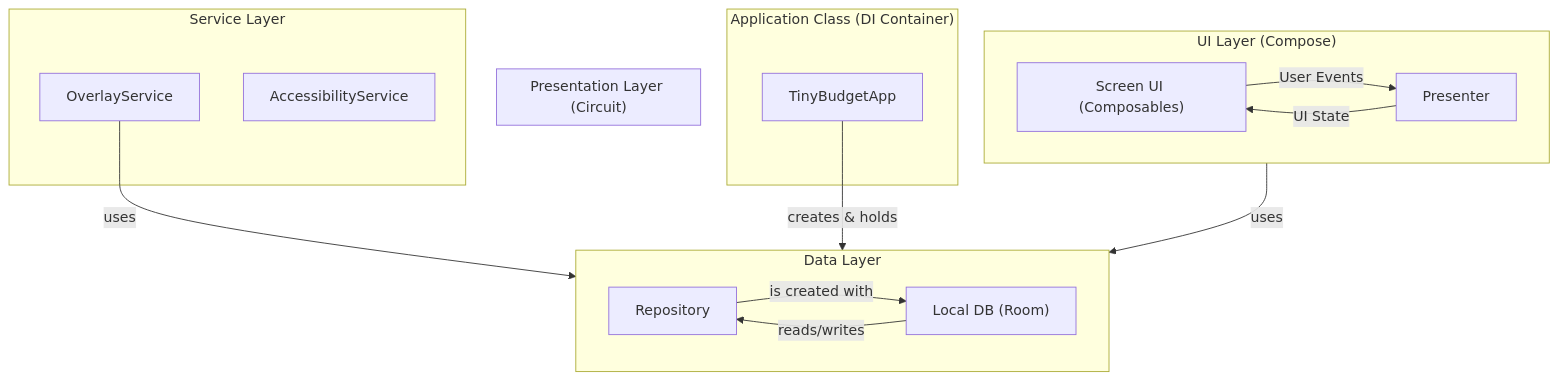
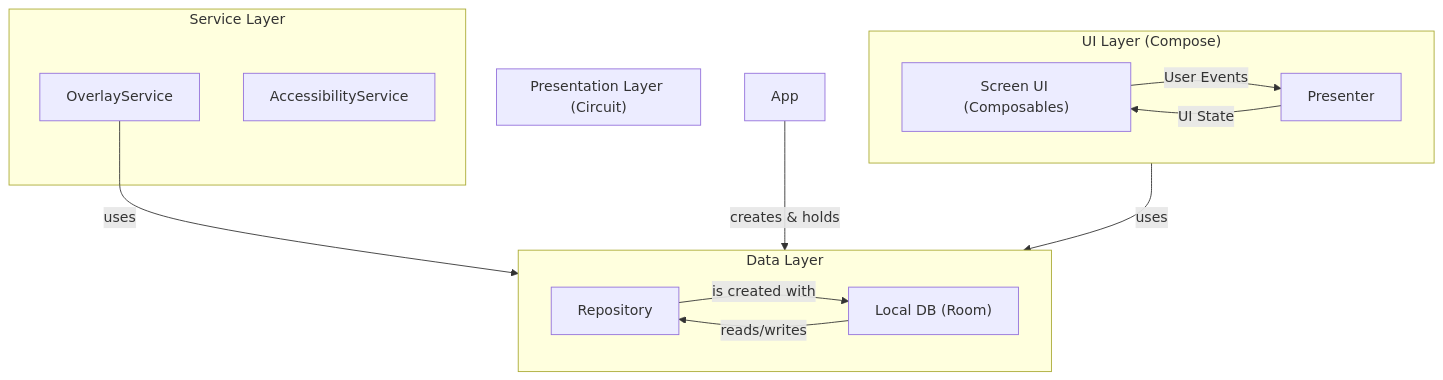
One commit to arashiyama11/TinyBudget changed the diagram in docs/architecture.md. Above: the diagram before and after it, drawn with Mermaid. The commit also changed 2 other files, not shown here.

````diff
--- a/docs/architecture.md
+++ b/docs/architecture.md
@@ -39,33 +39,30 @@
 ```mermaid
 graph TD
     subgraph "UI Layer (Compose)"
         direction LR
         ScreenUI["Screen UI (Composables)"] -- "User Events" --> Presenter
         Presenter -- "UI State" --> ScreenUI
     end
 
     subgraph "Presentation Layer (Circuit)"
         Presenter
     end
 
     subgraph "Data Layer"
         direction LR
         Repository
         LocalDataSource["Local DB (Room)"] -- reads/writes --> Repository
     end
 
     subgraph "Service Layer"
         OverlayService
         AccessibilityService
     end
 
-    subgraph "Application Class (DI Container)"
-        App["TinyBudgetApp"]
-    end
 
     Presenter -- "uses" --> Repository
     OverlayService -- "uses" --> Repository
 
     App -- "creates & holds" --> Repository
     Repository -- "is created with" --> LocalDataSource
 ```
````
